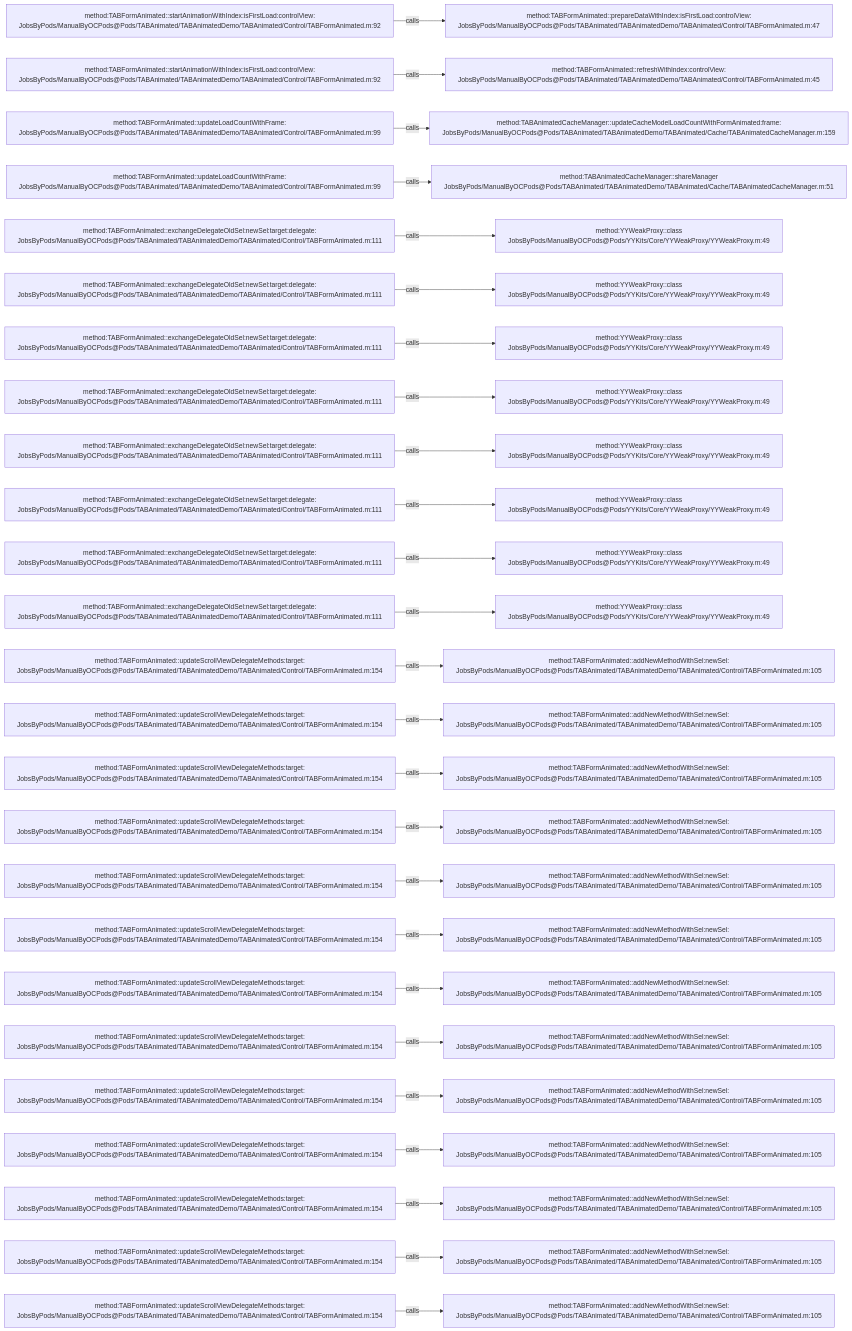
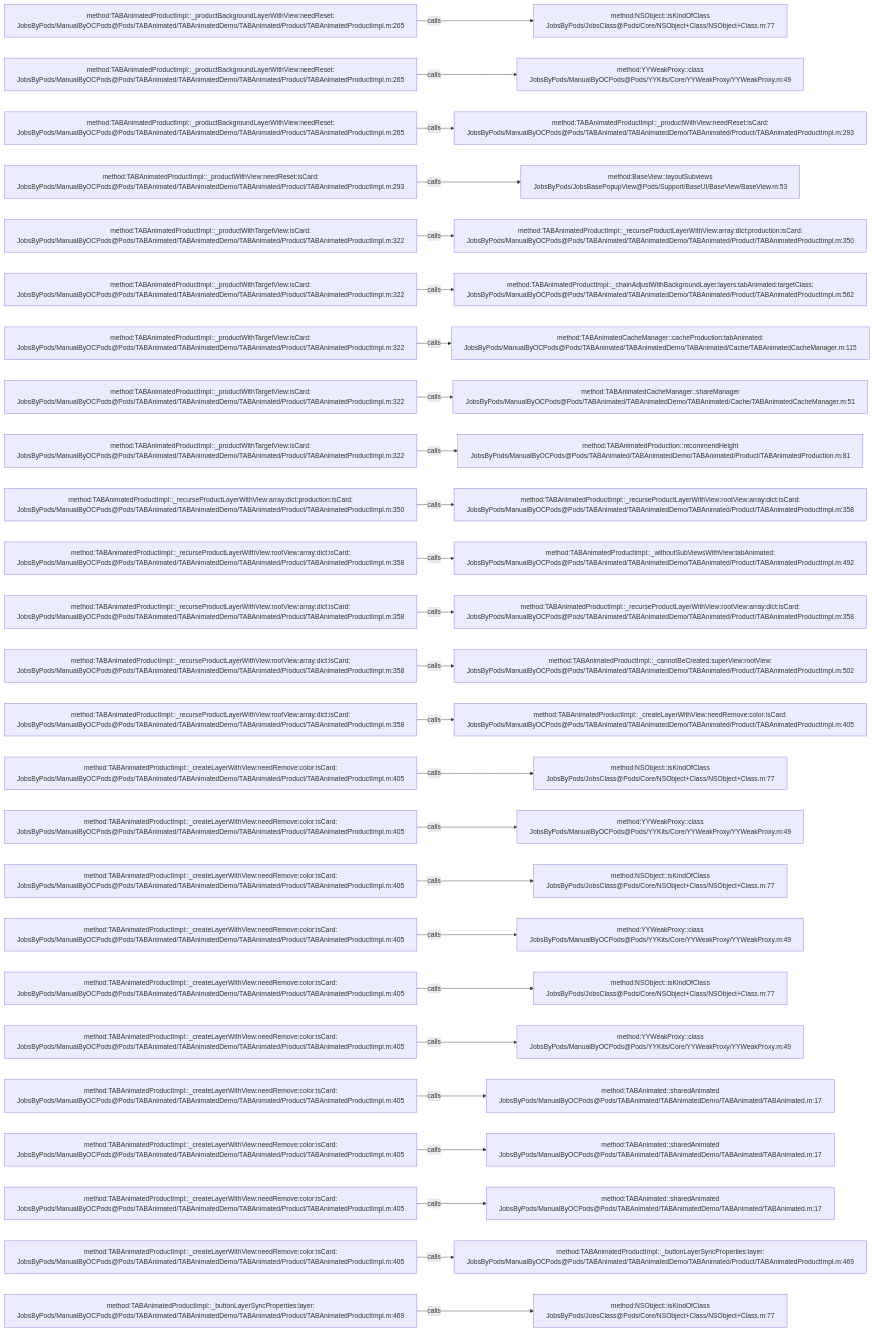
One commit to JobsKits/JobsOCBaseConfigDemo changed the diagram in .codegraph/codegraph.md/graphs/calls-199.md. Above: the diagram before and after it, drawn with Mermaid. The commit also changed 639 other files, not shown here.

````diff
--- a/.codegraph/codegraph.md/graphs/calls-199.md
+++ b/.codegraph/codegraph.md/graphs/calls-199.md
@@ -13,78 +13,78 @@
 ```mermaid
 flowchart LR
-  S1["method:TABFormAnimated::startAnimationWithIndex:isFirstLoad:controlView:<br/>JobsByPods/ManualByOCPods@Pods/TABAnimated/TABAnimatedDemo/TABAnimated/Control/TABFormAnimated.m:92"]
-  T1["method:TABFormAnimated::prepareDataWithIndex:isFirstLoad:controlView:<br/>JobsByPods/ManualByOCPods@Pods/TABAnimated/TABAnimatedDemo/TABAnimated/Control/TABFormAnimated.m:47"]
+  S1["method:TABAnimatedProductImpl::_productBackgroundLayerWithView:needReset:<br/>JobsByPods/ManualByOCPods@Pods/TABAnimated/TABAnimatedDemo/TABAnimated/Product/TABAnimatedProductImpl.m:265"]
+  T1["method:NSObject::isKindOfClass<br/>JobsByPods/JobsClass@Pods/Core/NSObject+Class/NSObject+Class.m:77"]
   S1 -->|calls| T1
-  S2["method:TABFormAnimated::startAnimationWithIndex:isFirstLoad:controlView:<br/>JobsByPods/ManualByOCPods@Pods/TABAnimated/TABAnimatedDemo/TABAnimated/Control/TABFormAnimated.m:92"]
-  T2["method:TABFormAnimated::refreshWithIndex:controlView:<br/>JobsByPods/ManualByOCPods@Pods/TABAnimated/TABAnimatedDemo/TABAnimated/Control/TABFormAnimated.m:45"]
+  S2["method:TABAnimatedProductImpl::_productBackgroundLayerWithView:needReset:<br/>JobsByPods/ManualByOCPods@Pods/TABAnimated/TABAnimatedDemo/TABAnimated/Product/TABAnimatedProductImpl.m:265"]
+  T2["method:YYWeakProxy::class<br/>JobsByPods/ManualByOCPods@Pods/YYKits/Core/YYWeakProxy/YYWeakProxy.m:49"]
   S2 -->|calls| T2
-  S3["method:TABFormAnimated::updateLoadCountWithFrame:<br/>JobsByPods/ManualByOCPods@Pods/TABAnimated/TABAnimatedDemo/TABAnimated/Control/TABFormAnimated.m:99"]
-  T3["method:TABAnimatedCacheManager::updateCacheModelLoadCountWithFormAnimated:frame:<br/>JobsByPods/ManualByOCPods@Pods/TABAnimated/TABAnimatedDemo/TABAnimated/Cache/TABAnimatedCacheManager.m:159"]
+  S3["method:TABAnimatedProductImpl::_productBackgroundLayerWithView:needReset:<br/>JobsByPods/ManualByOCPods@Pods/TABAnimated/TABAnimatedDemo/TABAnimated/Product/TABAnimatedProductImpl.m:265"]
+  T3["method:TABAnimatedProductImpl::_productWithView:needReset:isCard:<br/>JobsByPods/ManualByOCPods@Pods/TABAnimated/TABAnimatedDemo/TABAnimated/Product/TABAnimatedProductImpl.m:293"]
   S3 -->|calls| T3
-  S4["method:TABFormAnimated::updateLoadCountWithFrame:<br/>JobsByPods/ManualByOCPods@Pods/TABAnimated/TABAnimatedDemo/TABAnimated/Control/TABFormAnimated.m:99"]
-  T4["method:TABAnimatedCacheManager::shareManager<br/>JobsByPods/ManualByOCPods@Pods/TABAnimated/TABAnimatedDemo/TABAnimated/Cache/TABAnimatedCacheManager.m:51"]
+  S4["method:TABAnimatedProductImpl::_productWithView:needReset:isCard:<br/>JobsByPods/ManualByOCPods@Pods/TABAnimated/TABAnimatedDemo/TABAnimated/Product/TABAnimatedProductImpl.m:293"]
+  T4["method:BaseView::layoutSubviews<br/>JobsByPods/JobsBasePopupView@Pods/Support/BaseUI/BaseView/BaseView.m:53"]
   S4 -->|calls| T4
-  S5["method:TABFormAnimated::exchangeDelegateOldSel:newSel:target:delegate:<br/>JobsByPods/ManualByOCPods@Pods/TABAnimated/TABAnimatedDemo/TABAnimated/Control/TABFormAnimated.m:111"]
-  T5["method:YYWeakProxy::class<br/>JobsByPods/ManualByOCPods@Pods/YYKits/Core/YYWeakProxy/YYWeakProxy.m:49"]
+  S5["method:TABAnimatedProductImpl::_productWithTargetView:isCard:<br/>JobsByPods/ManualByOCPods@Pods/TABAnimated/TABAnimatedDemo/TABAnimated/Product/TABAnimatedProductImpl.m:322"]
+  T5["method:TABAnimatedProductImpl::_recurseProductLayerWithView:array:dict:production:isCard:<br/>JobsByPods/ManualByOCPods@Pods/TABAnimated/TABAnimatedDemo/TABAnimated/Product/TABAnimatedProductImpl.m:350"]
   S5 -->|calls| T5
-  S6["method:TABFormAnimated::exchangeDelegateOldSel:newSel:target:delegate:<br/>JobsByPods/ManualByOCPods@Pods/TABAnimated/TABAnimatedDemo/TABAnimated/Control/TABFormAnimated.m:111"]
-  T6["method:YYWeakProxy::class<br/>JobsByPods/ManualByOCPods@Pods/YYKits/Core/YYWeakProxy/YYWeakProxy.m:49"]
+  S6["method:TABAnimatedProductImpl::_productWithTargetView:isCard:<br/>JobsByPods/ManualByOCPods@Pods/TABAnimated/TABAnimatedDemo/TABAnimated/Product/TABAnimatedProductImpl.m:322"]
+  T6["method:TABAnimatedProductImpl::_chainAdjustWithBackgroundLayer:layers:tabAnimated:targetClass:<br/>JobsByPods/ManualByOCPods@Pods/TABAnimated/TABAnimatedDemo/TABAnimated/Product/TABAnimatedProductImpl.m:562"]
   S6 -->|calls| T6
-  S7["method:TABFormAnimated::exchangeDelegateOldSel:newSel:target:delegate:<br/>JobsByPods/ManualByOCPods@Pods/TABAnimated/TABAnimatedDemo/TABAnimated/Control/TABFormAnimated.m:111"]
-  T7["method:YYWeakProxy::class<br/>JobsByPods/ManualByOCPods@Pods/YYKits/Core/YYWeakProxy/YYWeakProxy.m:49"]
+  S7["method:TABAnimatedProductImpl::_productWithTargetView:isCard:<br/>JobsByPods/ManualByOCPods@Pods/TABAnimated/TABAnimatedDemo/TABAnimated/Product/TABAnimatedProductImpl.m:322"]
+  T7["method:TABAnimatedCacheManager::cacheProduction:tabAnimated:<br/>JobsByPods/ManualByOCPods@Pods/TABAnimated/TABAnimatedDemo/TABAnimated/Cache/TABAnimatedCacheManager.m:115"]
   S7 -->|calls| T7
-  S8["method:TABFormAnimated::exchangeDelegateOldSel:newSel:target:delegate:<br/>JobsByPods/ManualByOCPods@Pods/TABAnimated/TABAnimatedDemo/TABAnimated/Control/TABFormAnimated.m:111"]
-  T8["method:YYWeakProxy::class<br/>JobsByPods/ManualByOCPods@Pods/YYKits/Core/YYWeakProxy/YYWeakProxy.m:49"]
+  S8["method:TABAnimatedProductImpl::_productWithTargetView:isCard:<br/>JobsByPods/ManualByOCPods@Pods/TABAnimated/TABAnimatedDemo/TABAnimated/Product/TABAnimatedProductImpl.m:322"]
+  T8["method:TABAnimatedCacheManager::shareManager<br/>JobsByPods/ManualByOCPods@Pods/TABAnimated/TABAnimatedDemo/TABAnimated/Cache/TABAnimatedCacheManager.m:51"]
   S8 -->|calls| T8
-  S9["method:TABFormAnimated::exchangeDelegateOldSel:newSel:target:delegate:<br/>JobsByPods/ManualByOCPods@Pods/TABAnimated/TABAnimatedDemo/TABAnimated/Control/TABFormAnimated.m:111"]
-  T9["method:YYWeakProxy::class<br/>JobsByPods/ManualByOCPods@Pods/YYKits/Core/YYWeakProxy/YYWeakProxy.m:49"]
+  S9["method:TABAnimatedProductImpl::_productWithTargetView:isCard:<br/>JobsByPods/ManualByOCPods@Pods/TABAnimated/TABAnimatedDemo/TABAnimated/Product/TABAnimatedProductImpl.m:322"]
+  T9["method:TABAnimatedProduction::recommendHeight<br/>JobsByPods/ManualByOCPods@Pods/TABAnimated/TABAnimatedDemo/TABAnimated/Product/TABAnimatedProduction.m:81"]
   S9 -->|calls| T9
-  S10["method:TABFormAnimated::exchangeDelegateOldSel:newSel:target:delegate:<br/>JobsByPods/ManualByOCPods@Pods/TABAnimated/TABAnimatedDemo/TABAnimated/Control/TABFormAnimated.m:111"]
-  T10["method:YYWeakProxy::class<br/>JobsByPods/ManualByOCPods@Pods/YYKits/Core/YYWeakProxy/YYWeakProxy.m:49"]
+  S10["method:TABAnimatedProductImpl::_recurseProductLayerWithView:array:dict:production:isCard:<br/>JobsByPods/ManualByOCPods@Pods/TABAnimated/TABAnimatedDemo/TABAnimated/Product/TABAnimatedProductImpl.m:350"]
+  T10["method:TABAnimatedProductImpl::_recurseProductLayerWithView:rootView:array:dict:isCard:<br/>JobsByPods/ManualByOCPods@Pods/TABAnimated/TABAnimatedDemo/TABAnimated/Product/TABAnimatedProductImpl.m:358"]
   S10 -->|calls| T10
-  S11["method:TABFormAnimated::exchangeDelegateOldSel:newSel:target:delegate:<br/>JobsByPods/ManualByOCPods@Pods/TABAnimated/TABAnimatedDemo/TABAnimated/Control/TABFormAnimated.m:111"]
-  T11["method:YYWeakProxy::class<br/>JobsByPods/ManualByOCPods@Pods/YYKits/Core/YYWeakProxy/YYWeakProxy.m:49"]
+  S11["method:TABAnimatedProductImpl::_recurseProductLayerWithView:rootView:array:dict:isCard:<br/>JobsByPods/ManualByOCPods@Pods/TABAnimated/TABAnimatedDemo/TABAnimated/Product/TABAnimatedProductImpl.m:358"]
+  T11["method:TABAnimatedProductImpl::_withoutSubViewsWithView:tabAnimated:<br/>JobsByPods/ManualByOCPods@Pods/TABAnimated/TABAnimatedDemo/TABAnimated/Product/TABAnimatedProductImpl.m:492"]
   S11 -->|calls| T11
-  S12["method:TABFormAnimated::exchangeDelegateOldSel:newSel:target:delegate:<br/>JobsByPods/ManualByOCPods@Pods/TABAnimated/TABAnimatedDemo/TABAnimated/Control/TABFormAnimated.m:111"]
-  T12["method:YYWeakProxy::class<br/>JobsByPods/ManualByOCPods@Pods/YYKits/Core/YYWeakProxy/YYWeakProxy.m:49"]
+  S12["method:TABAnimatedProductImpl::_recurseProductLayerWithView:rootView:array:dict:isCard:<br/>JobsByPods/ManualByOCPods@Pods/TABAnimated/TABAnimatedDemo/TABAnimated/Product/TABAnimatedProductImpl.m:358"]
+  T12["method:TABAnimatedProductImpl::_recurseProductLayerWithView:rootView:array:dict:isCard:<br/>JobsByPods/ManualByOCPods@Pods/TABAnimated/TABAnimatedDemo/TABAnimated/Product/TABAnimatedProductImpl.m:358"]
   S12 -->|calls| T12
-  S13["method:TABFormAnimated::updateScrollViewDelegateMethods:target:<br/>JobsByPods/ManualByOCPods@Pods/TABAnimated/TABAnimatedDemo/TABAnimated/Control/TABFormAnimated.m:154"]
-  T13["method:TABFormAnimated::addNewMethodWithSel:newSel:<br/>JobsByPods/ManualByOCPods@Pods/TABAnimated/TABAnimatedDemo/TABAnimated/Control/TABFormAnimated.m:105"]
+  S13["method:TABAnimatedProductImpl::_recurseProductLayerWithView:rootView:array:dict:isCard:<br/>JobsByPods/ManualByOCPods@Pods/TABAnimated/TABAnimatedDemo/TABAnimated/Product/TABAnimatedProductImpl.m:358"]
+  T13["method:TABAnimatedProductImpl::_cannotBeCreated:superView:rootView:<br/>JobsByPods/ManualByOCPods@Pods/TABAnimated/TABAnimatedDemo/TABAnimated/Product/TABAnimatedProductImpl.m:502"]
   S13 -->|calls| T13
-  S14["method:TABFormAnimated::updateScrollViewDelegateMethods:target:<br/>JobsByPods/ManualByOCPods@Pods/TABAnimated/TABAnimatedDemo/TABAnimated/Control/TABFormAnimated.m:154"]
-  T14["method:TABFormAnimated::addNewMethodWithSel:newSel:<br/>JobsByPods/ManualByOCPods@Pods/TABAnimated/TABAnimatedDemo/TABAnimated/Control/TABFormAnimated.m:105"]
+  S14["method:TABAnimatedProductImpl::_recurseProductLayerWithView:rootView:array:dict:isCard:<br/>JobsByPods/ManualByOCPods@Pods/TABAnimated/TABAnimatedDemo/TABAnimated/Product/TABAnimatedProductImpl.m:358"]
+  T14["method:TABAnimatedProductImpl::_createLayerWithView:needRemove:color:isCard:<br/>JobsByPods/ManualByOCPods@Pods/TABAnimated/TABAnimatedDemo/TABAnimated/Product/TABAnimatedProductImpl.m:405"]
   S14 -->|calls| T14
-  S15["method:TABFormAnimated::updateScrollViewDelegateMethods:target:<br/>JobsByPods/ManualByOCPods@Pods/TABAnimated/TABAnimatedDemo/TABAnimated/Control/TABFormAnimated.m:154"]
-  T15["method:TABFormAnimated::addNewMethodWithSel:newSel:<br/>JobsByPods/ManualByOCPods@Pods/TABAnimated/TABAnimatedDemo/TABAnimated/Control/TABFormAnimated.m:105"]
+  S15["method:TABAnimatedProductImpl::_createLayerWithView:needRemove:color:isCard:<br/>JobsByPods/ManualByOCPods@Pods/TABAnimated/TABAnimatedDemo/TABAnimated/Product/TABAnimatedProductImpl.m:405"]
+  T15["method:NSObject::isKindOfClass<br/>JobsByPods/JobsClass@Pods/Core/NSObject+Class/NSObject+Class.m:77"]
   S15 -->|calls| T15
-  S16["method:TABFormAnimated::updateScrollViewDelegateMethods:target:<br/>JobsByPods/ManualByOCPods@Pods/TABAnimated/TABAnimatedDemo/TABAnimated/Control/TABFormAnimated.m:154"]
-  T16["method:TABFormAnimated::addNewMethodWithSel:newSel:<br/>JobsByPods/ManualByOCPods@Pods/TABAnimated/TABAnimatedDemo/TABAnimated/Control/TABFormAnimated.m:105"]
+  S16["method:TABAnimatedProductImpl::_createLayerWithView:needRemove:color:isCard:<br/>JobsByPods/ManualByOCPods@Pods/TABAnimated/TABAnimatedDemo/TABAnimated/Product/TABAnimatedProductImpl.m:405"]
+  T16["method:YYWeakProxy::class<br/>JobsByPods/ManualByOCPods@Pods/YYKits/Core/YYWeakProxy/YYWeakProxy.m:49"]
   S16 -->|calls| T16
-  S17["method:TABFormAnimated::updateScrollViewDelegateMethods:target:<br/>JobsByPods/ManualByOCPods@Pods/TABAnimated/TABAnimatedDemo/TABAnimated/Control/TABFormAnimated.m:154"]
-  T17["method:TABFormAnimated::addNewMethodWithSel:newSel:<br/>JobsByPods/ManualByOCPods@Pods/TABAnimated/TABAnimatedDemo/TABAnimated/Control/TABFormAnimated.m:105"]
+  S17["method:TABAnimatedProductImpl::_createLayerWithView:needRemove:color:isCard:<br/>JobsByPods/ManualByOCPods@Pods/TABAnimated/TABAnimatedDemo/TABAnimated/Product/TABAnimatedProductImpl.m:405"]
+  T17["method:NSObject::isKindOfClass<br/>JobsByPods/JobsClass@Pods/Core/NSObject+Class/NSObject+Class.m:77"]
   S17 -->|calls| T17
-  S18["method:TABFormAnimated::updateScrollViewDelegateMethods:target:<br/>JobsByPods/ManualByOCPods@Pods/TABAnimated/TABAnimatedDemo/TABAnimated/Control/TABFormAnimated.m:154"]
-  T18["method:TABFormAnimated::addNewMethodWithSel:newSel:<br/>JobsByPods/ManualByOCPods@Pods/TABAnimated/TABAnimatedDemo/TABAnimated/Control/TABFormAnimated.m:105"]
+  S18["method:TABAnimatedProductImpl::_createLayerWithView:needRemove:color:isCard:<br/>JobsByPods/ManualByOCPods@Pods/TABAnimated/TABAnimatedDemo/TABAnimated/Product/TABAnimatedProductImpl.m:405"]
+  T18["method:YYWeakProxy::class<br/>JobsByPods/ManualByOCPods@Pods/YYKits/Core/YYWeakProxy/YYWeakProxy.m:49"]
   S18 -->|calls| T18
-  S19["method:TABFormAnimated::updateScrollViewDelegateMethods:target:<br/>JobsByPods/ManualByOCPods@Pods/TABAnimated/TABAnimatedDemo/TABAnimated/Control/TABFormAnimated.m:154"]
-  T19["method:TABFormAnimated::addNewMethodWithSel:newSel:<br/>JobsByPods/ManualByOCPods@Pods/TABAnimated/TABAnimatedDemo/TABAnimated/Control/TABFormAnimated.m:105"]
+  S19["method:TABAnimatedProductImpl::_createLayerWithView:needRemove:color:isCard:<br/>JobsByPods/ManualByOCPods@Pods/TABAnimated/TABAnimatedDemo/TABAnimated/Product/TABAnimatedProductImpl.m:405"]
+  T19["method:NSObject::isKindOfClass<br/>JobsByPods/JobsClass@Pods/Core/NSObject+Class/NSObject+Class.m:77"]
   S19 -->|calls| T19
-  S20["method:TABFormAnimated::updateScrollViewDelegateMethods:target:<br/>JobsByPods/ManualByOCPods@Pods/TABAnimated/TABAnimatedDemo/TABAnimated/Control/TABFormAnimated.m:154"]
-  T20["method:TABFormAnimated::addNewMethodWithSel:newSel:<br/>JobsByPods/ManualByOCPods@Pods/TABAnimated/TABAnimatedDemo/TABAnimated/Control/TABFormAnimated.m:105"]
+  S20["method:TABAnimatedProductImpl::_createLayerWithView:needRemove:color:isCard:<br/>JobsByPods/ManualByOCPods@Pods/TABAnimated/TABAnimatedDemo/TABAnimated/Product/TABAnimatedProductImpl.m:405"]
+  T20["method:YYWeakProxy::class<br/>JobsByPods/ManualByOCPods@Pods/YYKits/Core/YYWeakProxy/YYWeakProxy.m:49"]
   S20 -->|calls| T20
-  S21["method:TABFormAnimated::updateScrollViewDelegateMethods:target:<br/>JobsByPods/ManualByOCPods@Pods/TABAnimated/TABAnimatedDemo/TABAnimated/Control/TABFormAnimated.m:154"]
-  T21["method:TABFormAnimated::addNewMethodWithSel:newSel:<br/>JobsByPods/ManualByOCPods@Pods/TABAnimated/TABAnimatedDemo/TABAnimated/Control/TABFormAnimated.m:105"]
+  S21["method:TABAnimatedProductImpl::_createLayerWithView:needRemove:color:isCard:<br/>JobsByPods/ManualByOCPods@Pods/TABAnimated/TABAnimatedDemo/TABAnimated/Product/TABAnimatedProductImpl.m:405"]
+  T21["method:TABAnimated::sharedAnimated<br/>JobsByPods/ManualByOCPods@Pods/TABAnimated/TABAnimatedDemo/TABAnimated/TABAnimated.m:17"]
   S21 -->|calls| T21
-  S22["method:TABFormAnimated::updateScrollViewDelegateMethods:target:<br/>JobsByPods/ManualByOCPods@Pods/TABAnimated/TABAnimatedDemo/TABAnimated/Control/TABFormAnimated.m:154"]
-  T22["method:TABFormAnimated::addNewMethodWithSel:newSel:<br/>JobsByPods/ManualByOCPods@Pods/TABAnimated/TABAnimatedDemo/TABAnimated/Control/TABFormAnimated.m:105"]
+  S22["method:TABAnimatedProductImpl::_createLayerWithView:needRemove:color:isCard:<br/>JobsByPods/ManualByOCPods@Pods/TABAnimated/TABAnimatedDemo/TABAnimated/Product/TABAnimatedProductImpl.m:405"]
+  T22["method:TABAnimated::sharedAnimated<br/>JobsByPods/ManualByOCPods@Pods/TABAnimated/TABAnimatedDemo/TABAnimated/TABAnimated.m:17"]
   S22 -->|calls| T22
-  S23["method:TABFormAnimated::updateScrollViewDelegateMethods:target:<br/>JobsByPods/ManualByOCPods@Pods/TABAnimated/TABAnimatedDemo/TABAnimated/Control/TABFormAnimated.m:154"]
-  T23["method:TABFormAnimated::addNewMethodWithSel:newSel:<br/>JobsByPods/ManualByOCPods@Pods/TABAnimated/TABAnimatedDemo/TABAnimated/Control/TABFormAnimated.m:105"]
+  S23["method:TABAnimatedProductImpl::_createLayerWithView:needRemove:color:isCard:<br/>JobsByPods/ManualByOCPods@Pods/TABAnimated/TABAnimatedDemo/TABAnimated/Product/TABAnimatedProductImpl.m:405"]
+  T23["method:TABAnimated::sharedAnimated<br/>JobsByPods/ManualByOCPods@Pods/TABAnimated/TABAnimatedDemo/TABAnimated/TABAnimated.m:17"]
   S23 -->|calls| T23
-  S24["method:TABFormAnimated::updateScrollViewDelegateMethods:target:<br/>JobsByPods/ManualByOCPods@Pods/TABAnimated/TABAnimatedDemo/TABAnimated/Control/TABFormAnimated.m:154"]
-  T24["method:TABFormAnimated::addNewMethodWithSel:newSel:<br/>JobsByPods/ManualByOCPods@Pods/TABAnimated/TABAnimatedDemo/TABAnimated/Control/TABFormAnimated.m:105"]
+  S24["method:TABAnimatedProductImpl::_createLayerWithView:needRemove:color:isCard:<br/>JobsByPods/ManualByOCPods@Pods/TABAnimated/TABAnimatedDemo/TABAnimated/Product/TABAnimatedProductImpl.m:405"]
+  T24["method:TABAnimatedProductImpl::_buttonLayerSyncProperties:layer:<br/>JobsByPods/ManualByOCPods@Pods/TABAnimated/TABAnimatedDemo/TABAnimated/Product/TABAnimatedProductImpl.m:469"]
   S24 -->|calls| T24
-  S25["method:TABFormAnimated::updateScrollViewDelegateMethods:target:<br/>JobsByPods/ManualByOCPods@Pods/TABAnimated/TABAnimatedDemo/TABAnimated/Control/TABFormAnimated.m:154"]
-  T25["method:TABFormAnimated::addNewMethodWithSel:newSel:<br/>JobsByPods/ManualByOCPods@Pods/TABAnimated/TABAnimatedDemo/TABAnimated/Control/TABFormAnimated.m:105"]
+  S25["method:TABAnimatedProductImpl::_buttonLayerSyncProperties:layer:<br/>JobsByPods/ManualByOCPods@Pods/TABAnimated/TABAnimatedDemo/TABAnimated/Product/TABAnimatedProductImpl.m:469"]
+  T25["method:NSObject::isKindOfClass<br/>JobsByPods/JobsClass@Pods/Core/NSObject+Class/NSObject+Class.m:77"]
   S25 -->|calls| T25
 ```
````
